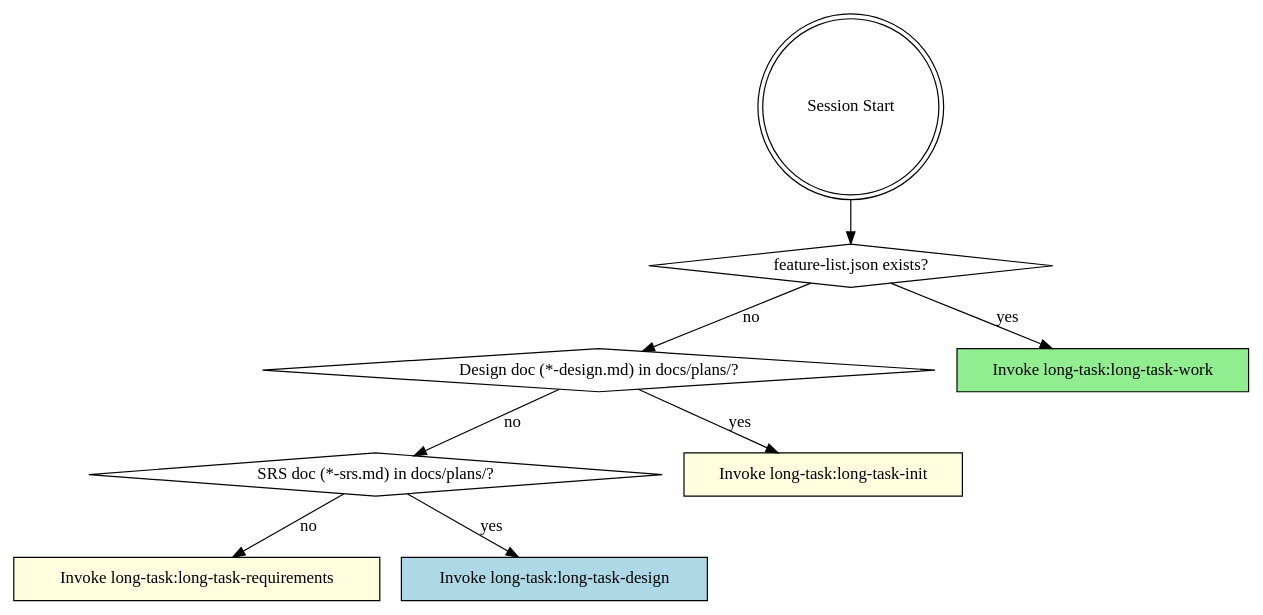
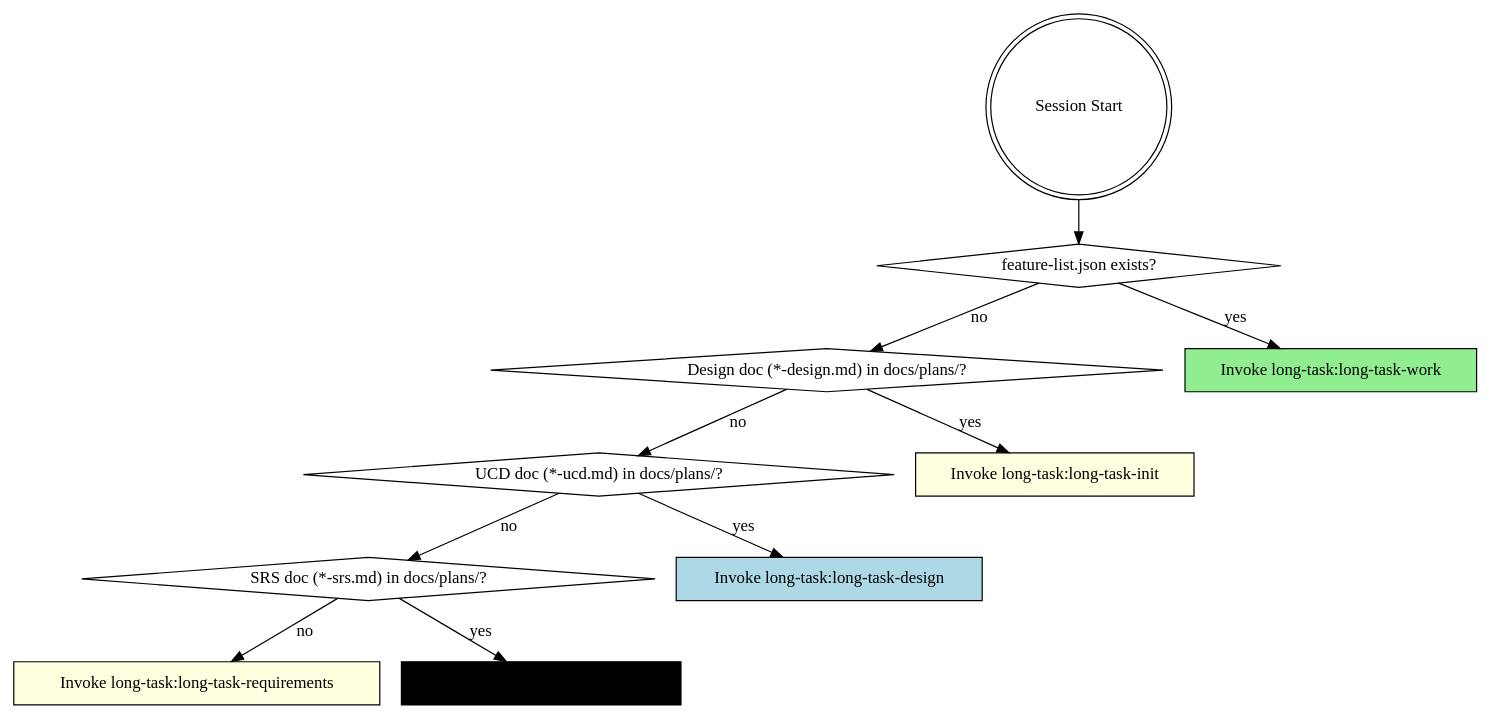
One commit to RexHeap/longtaskforagent changed the diagram in skills/using-long-task/SKILL.md. Above: the diagram before and after it, drawn with Graphviz. The commit also changed other lines of this file and 9 other files, not shown here.

````diff
--- a/skills/using-long-task/SKILL.md
+++ b/skills/using-long-task/SKILL.md
@@ -22,20 +22,24 @@
 ```dot
 digraph phase_detection {
     "Session Start" [shape=doublecircle];
     "feature-list.json exists?" [shape=diamond];
     "Design doc (*-design.md) in docs/plans/?" [shape=diamond];
+    "UCD doc (*-ucd.md) in docs/plans/?" [shape=diamond];
     "SRS doc (*-srs.md) in docs/plans/?" [shape=diamond];
     "Invoke long-task:long-task-requirements" [shape=box style=filled fillcolor=lightyellow];
+    "Invoke long-task:long-task-ucd" [shape=box style=filled fillcolor=lightorange];
     "Invoke long-task:long-task-design" [shape=box style=filled fillcolor=lightblue];
     "Invoke long-task:long-task-init" [shape=box style=filled fillcolor=lightyellow];
     "Invoke long-task:long-task-work" [shape=box style=filled fillcolor=lightgreen];
 
     "Session Start" -> "feature-list.json exists?";
     "feature-list.json exists?" -> "Invoke long-task:long-task-work" [label="yes"];
     "feature-list.json exists?" -> "Design doc (*-design.md) in docs/plans/?" [label="no"];
     "Design doc (*-design.md) in docs/plans/?" -> "Invoke long-task:long-task-init" [label="yes"];
-    "Design doc (*-design.md) in docs/plans/?" -> "SRS doc (*-srs.md) in docs/plans/?" [label="no"];
-    "SRS doc (*-srs.md) in docs/plans/?" -> "Invoke long-task:long-task-design" [label="yes"];
+    "Design doc (*-design.md) in docs/plans/?" -> "UCD doc (*-ucd.md) in docs/plans/?" [label="no"];
+    "UCD doc (*-ucd.md) in docs/plans/?" -> "Invoke long-task:long-task-design" [label="yes"];
+    "UCD doc (*-ucd.md) in docs/plans/?" -> "SRS doc (*-srs.md) in docs/plans/?" [label="no"];
+    "SRS doc (*-srs.md) in docs/plans/?" -> "Invoke long-task:long-task-ucd" [label="yes"];
     "SRS doc (*-srs.md) in docs/plans/?" -> "Invoke long-task:long-task-requirements" [label="no"];
 }
 ```
````
